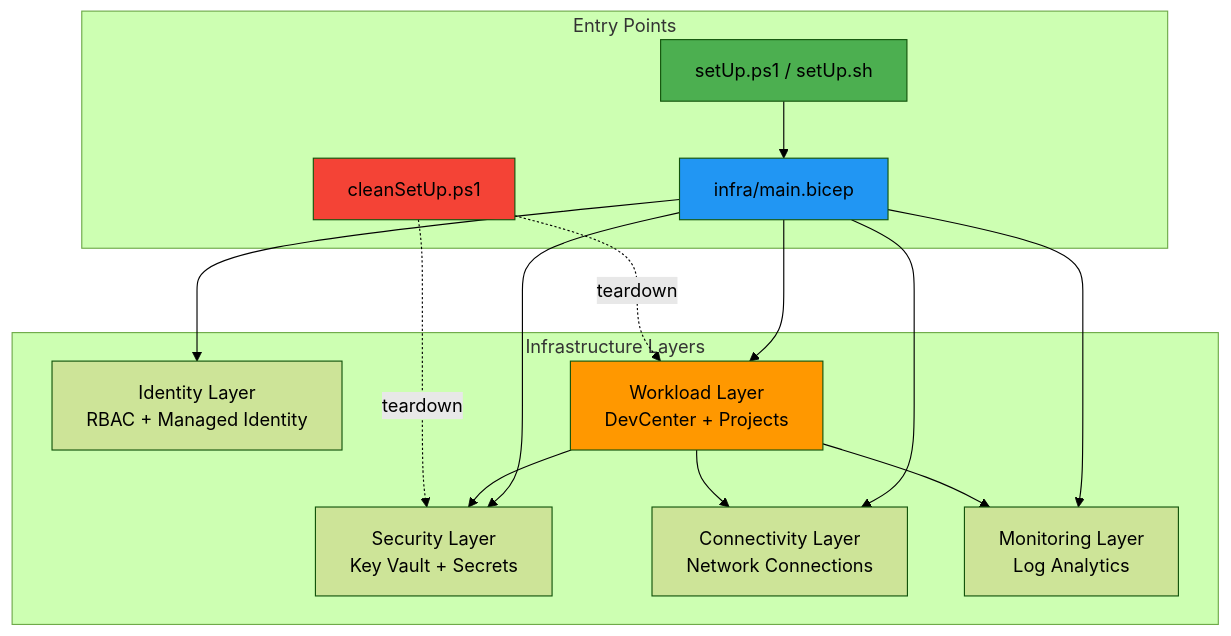
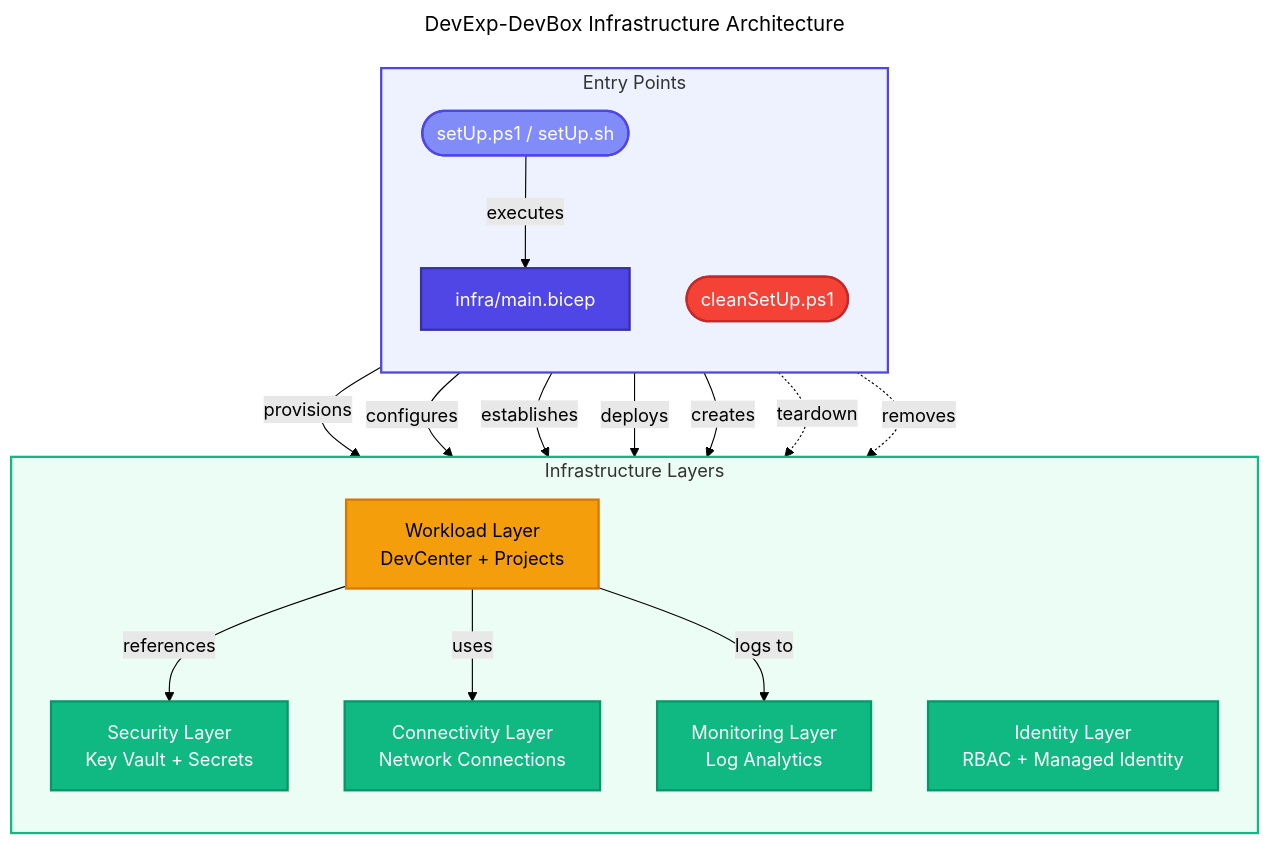
The diagram in README.md (Evilazaro/DevExp-DevBox), drawn with Mermaid (forest theme) before and after one commit.

Commit message:
docs: update architecture diagram in README.md for clarity and enhanced styling

````diff
--- a/README.md
+++ b/README.md
@@ -62,35 +62,56 @@
 ```mermaid
-graph TB
-    subgraph "Entry Points"
-        Setup[setUp.ps1 / setUp.sh]
-        Main[infra/main.bicep]
-        Cleanup[cleanSetUp.ps1]
+---
+title: DevExp-DevBox Infrastructure Architecture
+---
+flowchart TB
+    %% ===== ENTRY POINTS =====
+    subgraph entryPoints["Entry Points"]
+        direction TB
+        setupScript(["setUp.ps1 / setUp.sh"])
+        mainTemplate["infra/main.bicep"]
+        cleanupScript(["cleanSetUp.ps1"])
     end
 
-    subgraph "Infrastructure Layers"
-        Security[Security Layer<br/>Key Vault + Secrets]
-        Identity[Identity Layer<br/>RBAC + Managed Identity]
-        Connectivity[Connectivity Layer<br/>Network Connections]
-        Monitoring[Monitoring Layer<br/>Log Analytics]
-        Workload[Workload Layer<br/>DevCenter + Projects]
+    %% ===== INFRASTRUCTURE LAYERS =====
+    subgraph infraLayers["Infrastructure Layers"]
+        direction TB
+        securityLayer["Security Layer<br/>Key Vault + Secrets"]
+        identityLayer["Identity Layer<br/>RBAC + Managed Identity"]
+        connectivityLayer["Connectivity Layer<br/>Network Connections"]
+        monitoringLayer["Monitoring Layer<br/>Log Analytics"]
+        workloadLayer["Workload Layer<br/>DevCenter + Projects"]
     end
 
-    Setup --> Main
-    Main --> Security
-    Main --> Identity
-    Main --> Connectivity
-    Main --> Monitoring
-    Main --> Workload
+    %% ===== CONNECTIONS =====
+    setupScript -->|executes| mainTemplate
+    mainTemplate -->|provisions| securityLayer
+    mainTemplate -->|configures| identityLayer
+    mainTemplate -->|establishes| connectivityLayer
+    mainTemplate -->|deploys| monitoringLayer
+    mainTemplate -->|creates| workloadLayer
 
-    Workload --> Security
-    Workload --> Connectivity
-    Workload --> Monitoring
+    workloadLayer -->|references| securityLayer
+    workloadLayer -->|uses| connectivityLayer
+    workloadLayer -->|logs to| monitoringLayer
 
-    Cleanup -.->|teardown| Security
-    Cleanup -.->|teardown| Workload
+    cleanupScript -.->|teardown| securityLayer
+    cleanupScript -.->|removes| workloadLayer
 
-    style Setup fill:#4CAF50
-    style Main fill:#2196F3
-    style Cleanup fill:#F44336
-    style Workload fill:#FF9800
+    %% ===== STYLING: NODE CLASSES =====
+    classDef trigger fill:#818CF8,stroke:#4F46E5,color:#FFFFFF,stroke-width:2px
+    classDef primary fill:#4F46E5,stroke:#3730A3,color:#FFFFFF,stroke-width:2px
+    classDef secondary fill:#10B981,stroke:#059669,color:#FFFFFF,stroke-width:2px
+    classDef failed fill:#F44336,stroke:#C62828,color:#FFFFFF,stroke-width:2px
+    classDef datastore fill:#F59E0B,stroke:#D97706,color:#000000,stroke-width:2px
+
+    %% ===== APPLY CLASSES TO NODES =====
+    class setupScript trigger
+    class mainTemplate primary
+    class cleanupScript failed
+    class securityLayer,identityLayer,connectivityLayer,monitoringLayer secondary
+    class workloadLayer datastore
+
+    %% ===== STYLING: SUBGRAPH BACKGROUNDS =====
+    style entryPoints fill:#EEF2FF,stroke:#4F46E5,stroke-width:2px
+    style infraLayers fill:#ECFDF5,stroke:#10B981,stroke-width:2px
 ```
````
